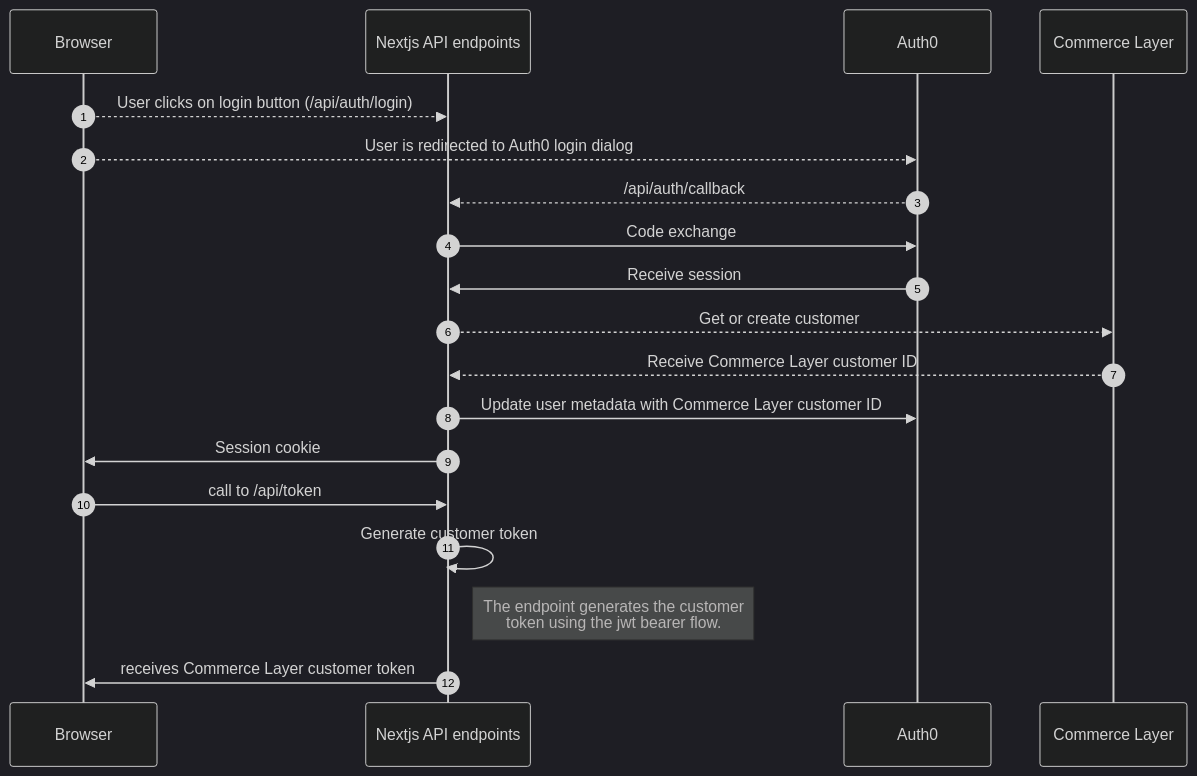
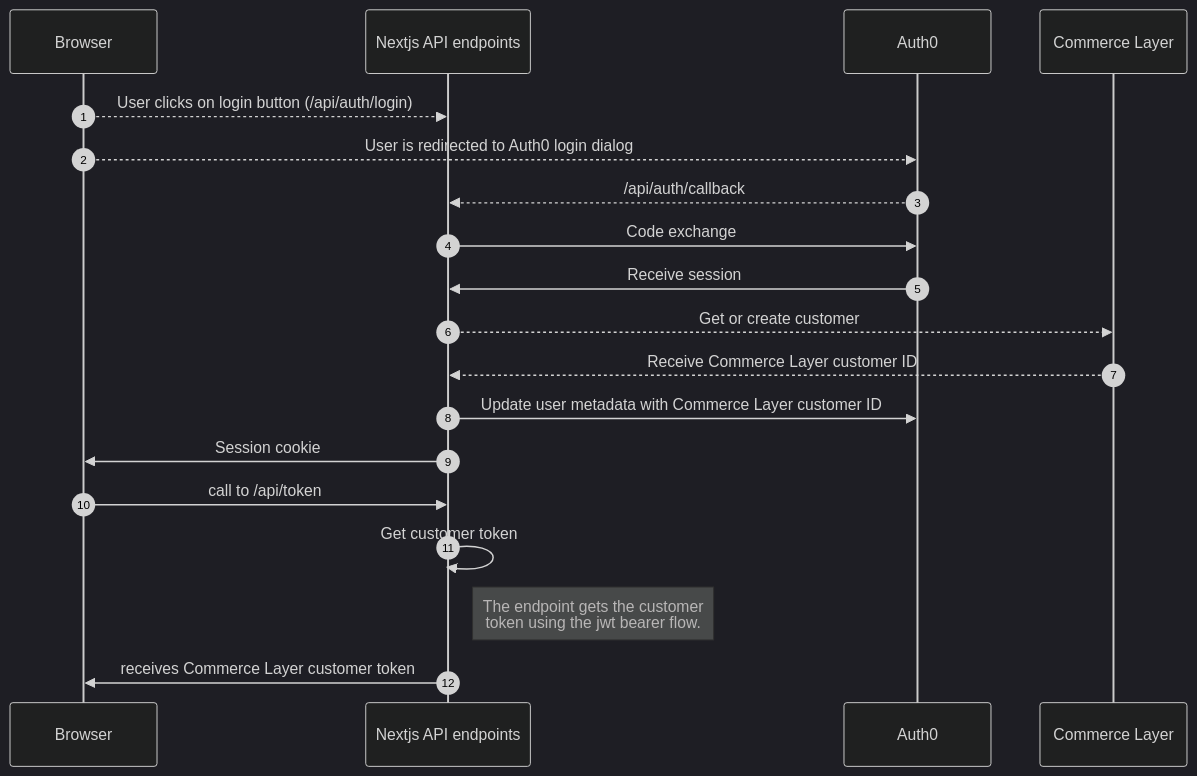
The diagram in authentication/nextjs-auth0-sso/README.md (commercelayer/examples), drawn with Mermaid (dark theme) before and after one commit.

````diff
--- a/authentication/nextjs-auth0-sso/README.md
+++ b/authentication/nextjs-auth0-sso/README.md
@@ -18,17 +18,17 @@
 ```mermaid
 sequenceDiagram
     autonumber
     Browser-->>Nextjs API endpoints: User clicks on login button (/api/auth/login)
     Browser-->>Auth0: User is redirected to Auth0 login dialog
     Auth0-->>Nextjs API endpoints: /api/auth/callback
     Nextjs API endpoints->>Auth0: Code exchange
     Auth0->>Nextjs API endpoints: Receive session
     Nextjs API endpoints-->>Commerce Layer: Get or create customer
     Commerce Layer-->>Nextjs API endpoints: Receive Commerce Layer customer ID
     Nextjs API endpoints->>Auth0: Update user metadata with Commerce Layer customer ID
     Nextjs API endpoints->>Browser: Session cookie
     Browser->>Nextjs API endpoints: call to /api/token
-    Nextjs API endpoints->>Nextjs API endpoints: Generate customer token
-    Note right of Nextjs API endpoints: The endpoint generates the customer <br>token using the jwt bearer flow.
+    Nextjs API endpoints->>Nextjs API endpoints: Get customer token
+    Note right of Nextjs API endpoints: The endpoint gets the customer <br>token using the jwt bearer flow.
     Nextjs API endpoints->>Browser: receives Commerce Layer customer token
 ```
````
